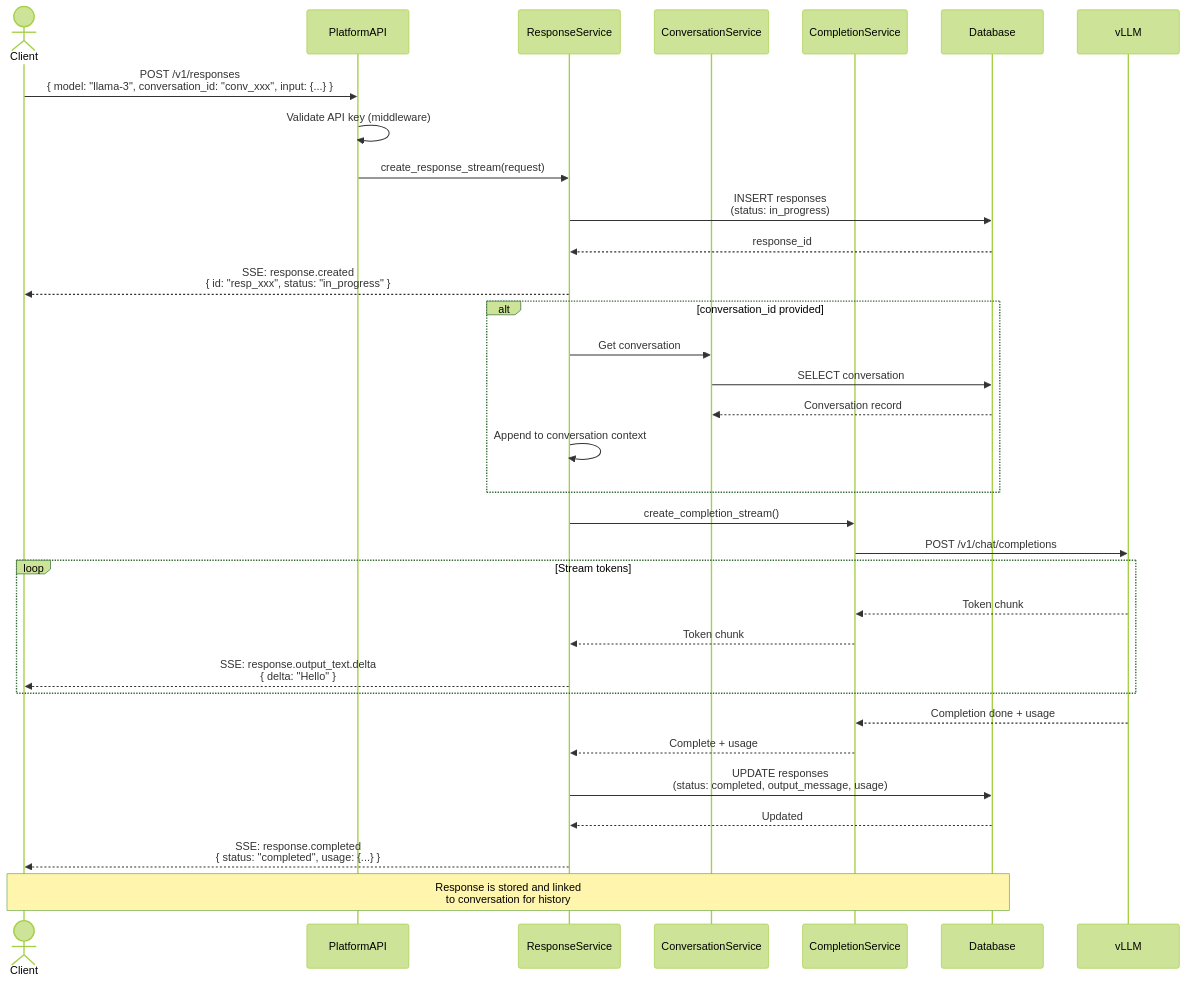
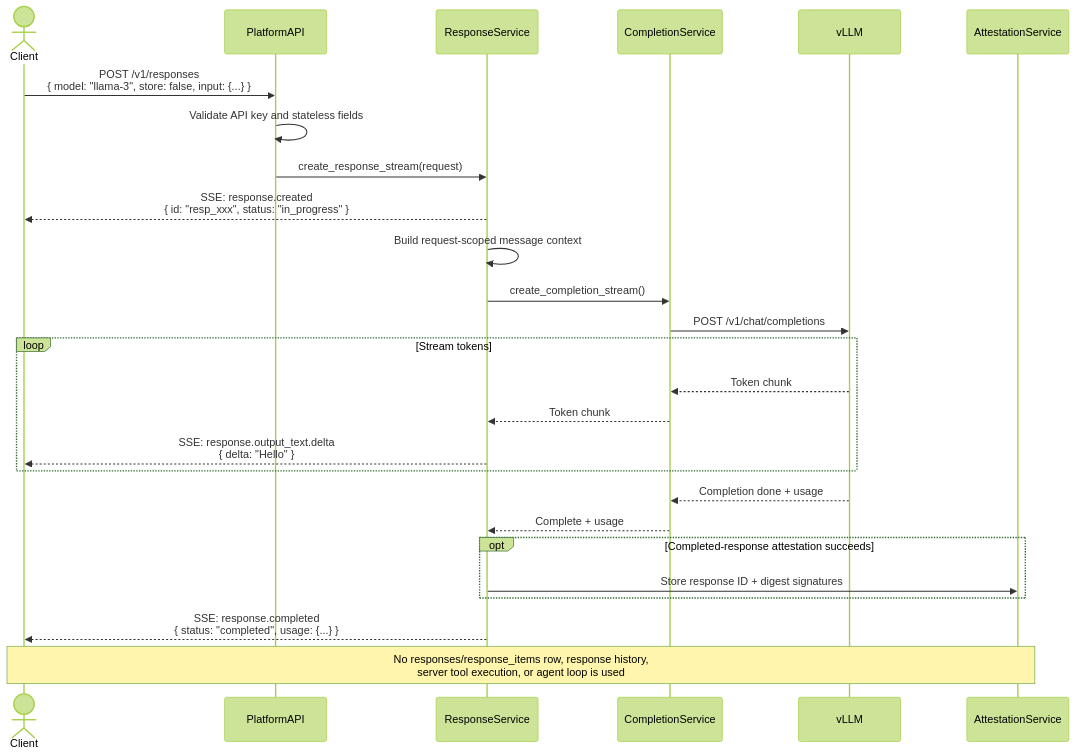
The sixth of 16 diagrams in docs/architecture/c4-diagrams.md (nearai/cloud-api), drawn with Mermaid (forest theme) before and after one commit. The commit also changed other lines of this file, not shown here.

Commit message:
docs(api): align Stage I architecture diagrams

````diff
--- a/docs/architecture/c4-diagrams.md
+++ b/docs/architecture/c4-diagrams.md
@@ -499,47 +499,38 @@
 ```mermaid
 sequenceDiagram
     actor Client
     participant PlatformAPI
     participant ResponseService
-    participant ConversationService
     participant CompletionService
-    participant Database
     participant vLLM
+    participant AttestationService
     
-    Client->>PlatformAPI: POST /v1/responses<br/>{ model: "llama-3", conversation_id: "conv_xxx", input: {...} }
+    Client->>PlatformAPI: POST /v1/responses<br/>{ model: "llama-3", store: false, input: {...} }
     
-    PlatformAPI->>PlatformAPI: Validate API key (middleware)
+    PlatformAPI->>PlatformAPI: Validate API key and stateless fields
     
     PlatformAPI->>ResponseService: create_response_stream(request)
-    
-    ResponseService->>Database: INSERT responses<br/>(status: in_progress)
-    Database-->>ResponseService: response_id
-    
     ResponseService-->>Client: SSE: response.created<br/>{ id: "resp_xxx", status: "in_progress" }
     
-    alt conversation_id provided
-        ResponseService->>ConversationService: Get conversation
-        ConversationService->>Database: SELECT conversation
-        Database-->>ConversationService: Conversation record
-        ResponseService->>ResponseService: Append to conversation context
-    end
+    ResponseService->>ResponseService: Build request-scoped message context
     
     ResponseService->>CompletionService: create_completion_stream()
     CompletionService->>vLLM: POST /v1/chat/completions
     
     loop Stream tokens
         vLLM-->>CompletionService: Token chunk
         CompletionService-->>ResponseService: Token chunk
         ResponseService-->>Client: SSE: response.output_text.delta<br/>{ delta: "Hello" }
     end
     
     vLLM-->>CompletionService: Completion done + usage
     CompletionService-->>ResponseService: Complete + usage
     
-    ResponseService->>Database: UPDATE responses<br/>(status: completed, output_message, usage)
-    Database-->>ResponseService: Updated
+    opt Completed-response attestation succeeds
+        ResponseService->>AttestationService: Store response ID + digest signatures
+    end
     
     ResponseService-->>Client: SSE: response.completed<br/>{ status: "completed", usage: {...} }
     
-    Note over Client,Database: Response is stored and linked<br/>to conversation for history
+    Note over Client,AttestationService: No responses/response_items row, response history,<br/>server tool execution, or agent loop is used
 ```
````
